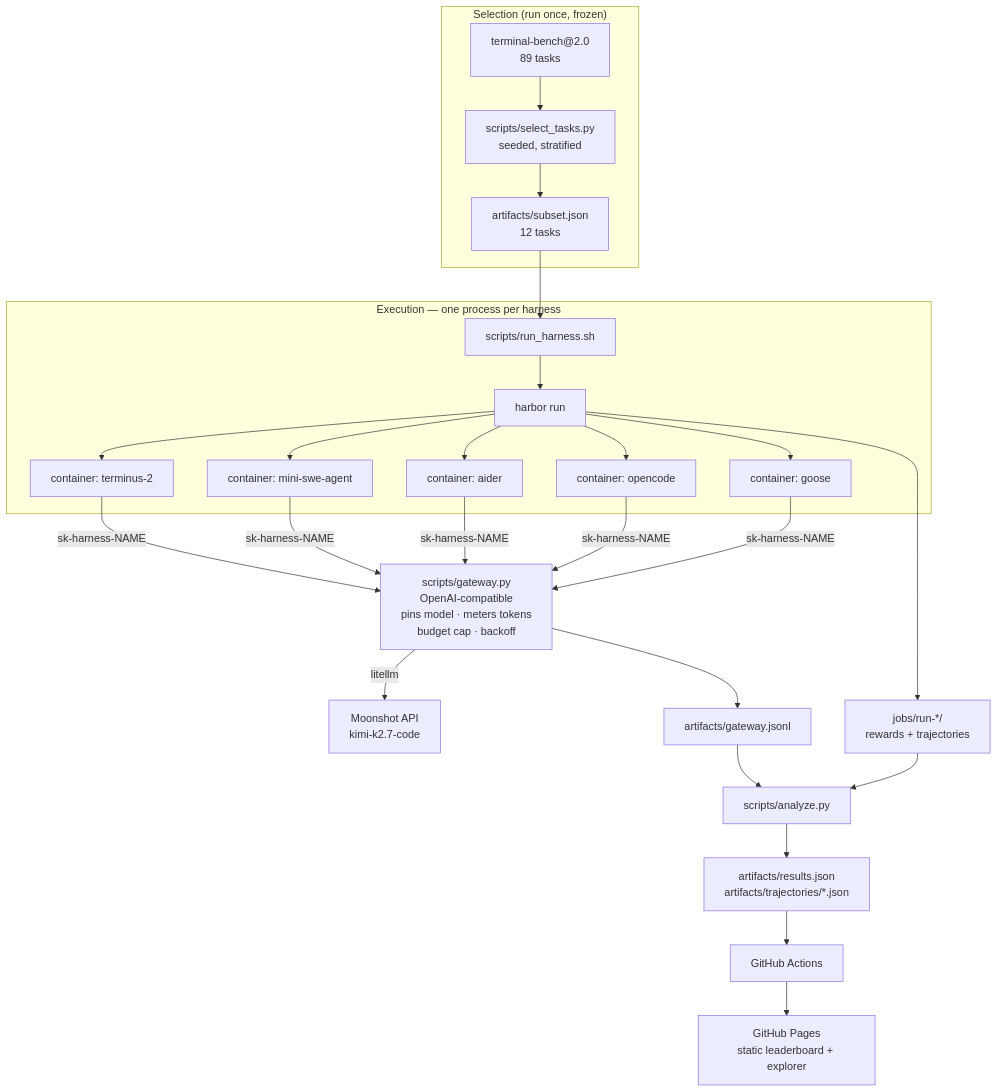
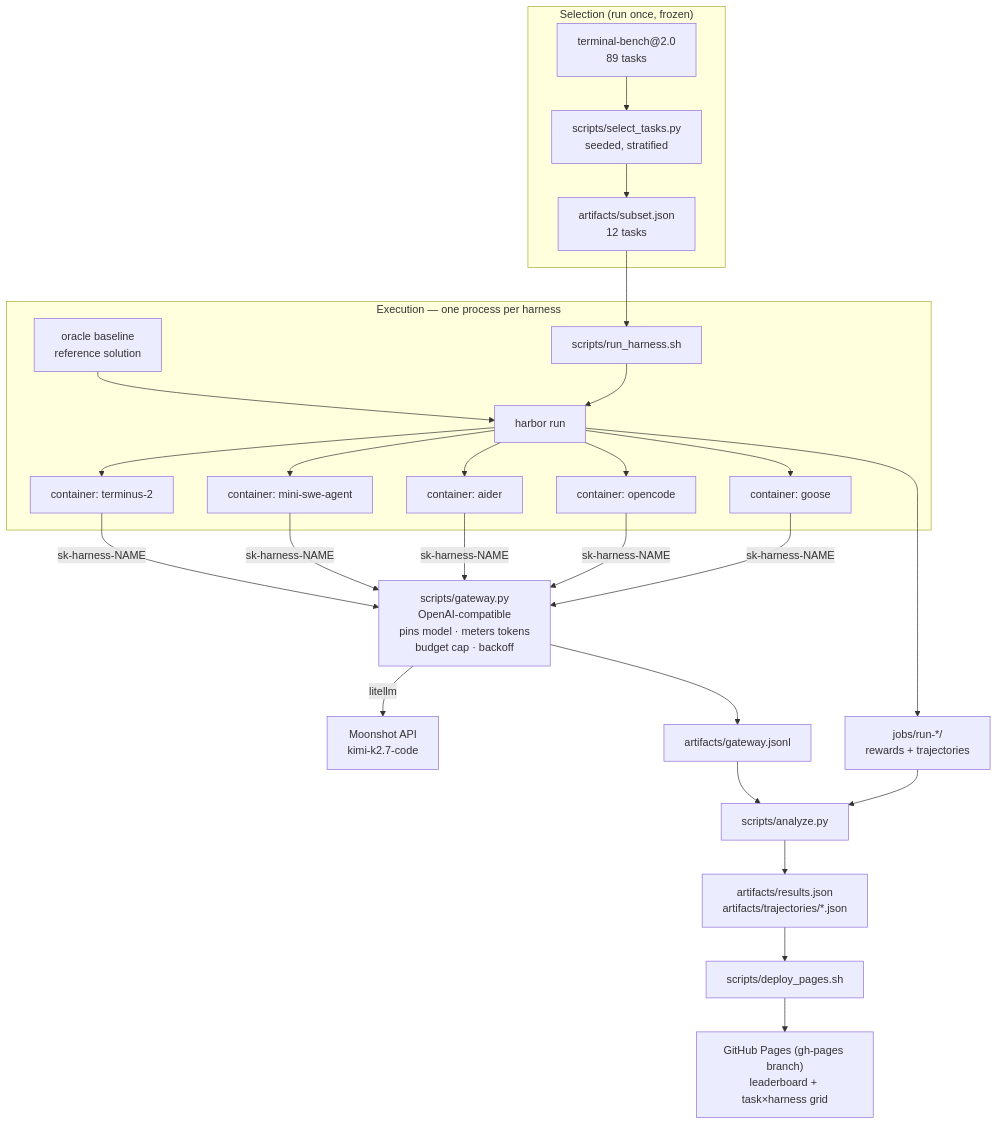
One commit to carlosrymer/harbor-harness-spread changed the diagram in ARCHITECTURE.md. Above: the diagram before and after it, drawn with Mermaid. The commit also changed other lines of this file and 193 other files, not shown here.

First line of the commit message:
deploy via gh-pages branch; exclude oracle-unscorable tasks from the sweep

````diff
--- a/ARCHITECTURE.md
+++ b/ARCHITECTURE.md
@@ -30,30 +30,31 @@
 ```mermaid
 flowchart TB
     subgraph sel["Selection (run once, frozen)"]
         TB["terminal-bench@2.0<br/>89 tasks"] --> SEL["scripts/select_tasks.py<br/>seeded, stratified"]
         SEL --> SUB["artifacts/subset.json<br/>12 tasks"]
     end
 
     subgraph exec["Execution — one process per harness"]
+        ORC["oracle baseline<br/>reference solution"] --> HARBOR
         RUN["scripts/run_harness.sh"] --> HARBOR["harbor run"]
         HARBOR --> C1["container: terminus-2"]
         HARBOR --> C2["container: mini-swe-agent"]
         HARBOR --> C3["container: aider"]
         HARBOR --> C4["container: opencode"]
         HARBOR --> C5["container: goose"]
     end
 
     SUB --> RUN
 
     GW["scripts/gateway.py<br/>OpenAI-compatible<br/>pins model · meters tokens<br/>budget cap · backoff"]
     C1 & C2 & C3 & C4 & C5 -->|"sk-harness-NAME"| GW
     GW -->|litellm| MOON["Moonshot API<br/>kimi-k2.7-code"]
     GW --> METER["artifacts/gateway.jsonl"]
 
     HARBOR --> JOBS["jobs/run-*/<br/>rewards + trajectories"]
     JOBS --> AN["scripts/analyze.py"]
     METER --> AN
     AN --> RES["artifacts/results.json<br/>artifacts/trajectories/*.json"]
-    RES --> GHA["GitHub Actions"]
-    GHA --> SITE["GitHub Pages<br/>static leaderboard + explorer"]
+    RES --> DEP["scripts/deploy_pages.sh"]
+    DEP --> SITE["GitHub Pages (gh-pages branch)<br/>leaderboard + task×harness grid"]
 ```
````
